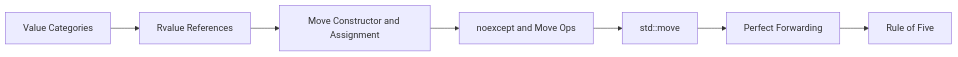
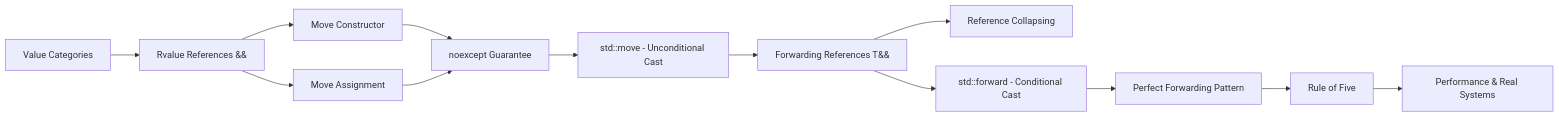
Before and after one commit to Raushan666java/ai-engineering-journey: the diagram in docs/courses/oop-cpp/13-move-semantics.md, drawn with Mermaid. The commit also changed other lines of this file and 15 other files, not shown here.

````diff
--- a/docs/courses/oop-cpp/13-move-semantics.md
+++ b/docs/courses/oop-cpp/13-move-semantics.md
@@ -28,9 +46,15 @@
 ```mermaid
 flowchart LR
-    A[Value Categories] --> B[Rvalue References]
-    B --> C[Move Constructor and Assignment]
-    C --> D[noexcept and Move Ops]
-    D --> E[std::move]
-    E --> F[Perfect Forwarding]
-    F --> G[Rule of Five]
+    A[Value Categories] --> B[Rvalue References &&]
+    B --> C[Move Constructor]
+    B --> D[Move Assignment]
+    C --> E[noexcept Guarantee]
+    D --> E
+    E --> F[std::move - Unconditional Cast]
+    F --> G[Forwarding References T&&]
+    G --> H[Reference Collapsing]
+    G --> I[std::forward - Conditional Cast]
+    I --> J[Perfect Forwarding Pattern]
+    J --> K[Rule of Five]
+    K --> L[Performance & Real Systems]
 ```
````
